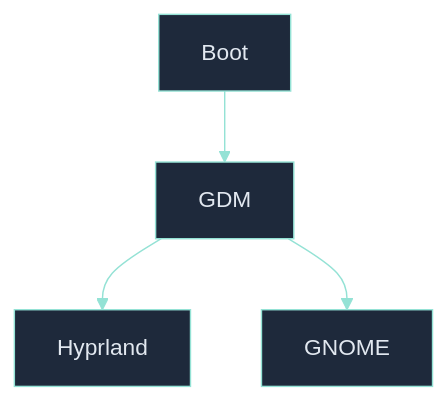
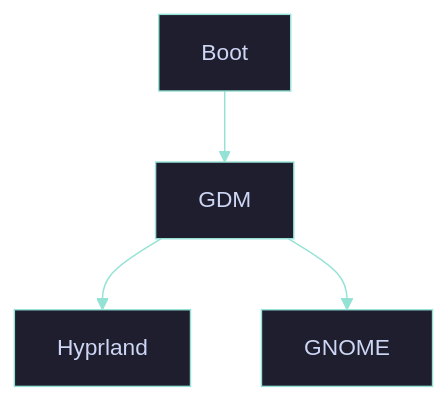
Before and after one commit to RomeoCavazza/nixos-config: the diagram in README.md, drawn with Mermaid. The commit also changed 10 other files, not shown here.

Commit message:
docs: finalize catppuccin mocha palette for all diagrams

````diff
--- a/README.md
+++ b/README.md
@@ -69,12 +69,12 @@
 ```mermaid
-%%{init: {'theme': 'base', 'themeVariables': { 'primaryColor': '#1e293b', 'secondaryColor': '#0f172a', 'tertiaryColor': '#0f172a', 'primaryBorderColor': '#94e2d5', 'lineColor': '#94e2d5', 'primaryTextColor': '#e2e8f0', 'clusterBkg': '#0f172a', 'clusterBorder': '#475569' }}}%%
+%%{init: {'theme': 'base', 'themeVariables': { 'primaryColor': '#181825', 'secondaryColor': '#1e1e2e', 'tertiaryColor': '#1e1e2e', 'primaryBorderColor': '#94e2d5', 'lineColor': '#94e2d5', 'primaryTextColor': '#cdd6f4', 'mainBkg': '#1e1e2e', 'clusterBkg': '#181825', 'clusterBorder': '#45475a' }}}%%
 flowchart TB
   Boot["Boot"]
   GDM["GDM"]
   H["Hyprland"]
   G["GNOME"]
 
   Boot --> GDM
   GDM --> H
   GDM --> G
 ```
````
